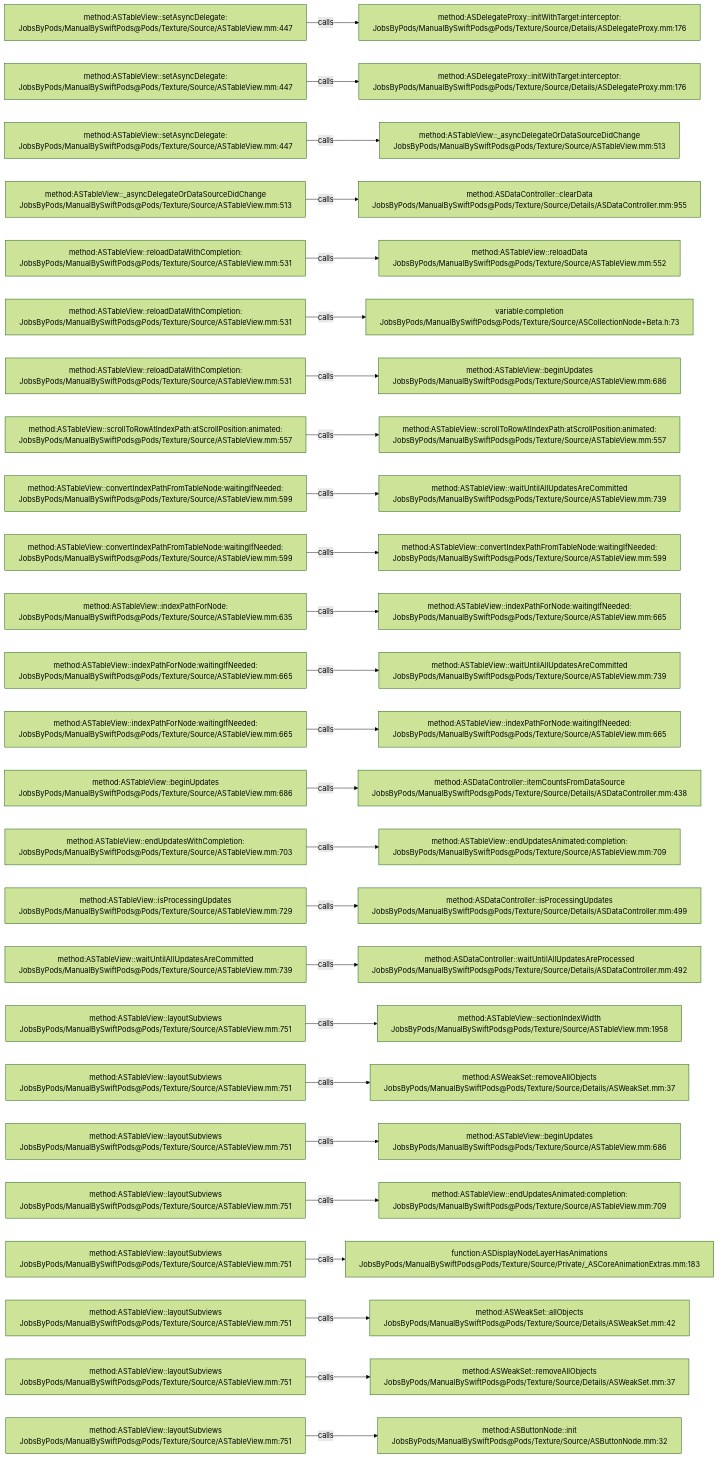
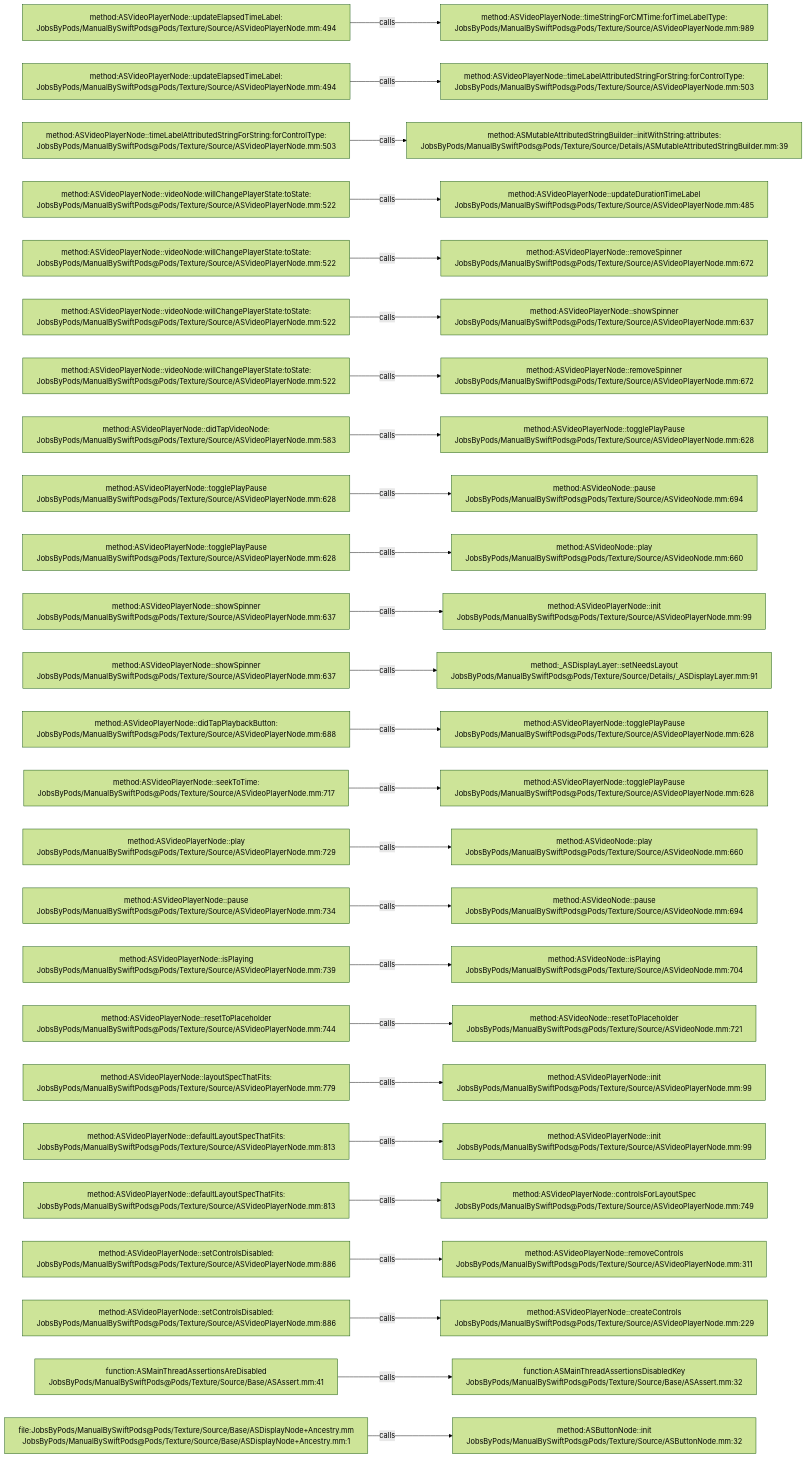
One commit to JobsKits/JobsSwiftBaseConfigDemo changed the diagram in .codegraph/codegraph.md/graphs/calls-078.md. Above: the diagram before and after it, drawn with Mermaid (forest theme). The commit also changed 832 other files, not shown here.

````diff
--- a/.codegraph/codegraph.md/graphs/calls-078.md
+++ b/.codegraph/codegraph.md/graphs/calls-078.md
@@ -13,78 +13,78 @@
 ```mermaid
 flowchart LR
-  S1["method:ASTableView::setAsyncDelegate:<br/>JobsByPods/ManualBySwiftPods@Pods/Texture/Source/ASTableView.mm:447"]
-  T1["method:ASDelegateProxy::initWithTarget:interceptor:<br/>JobsByPods/ManualBySwiftPods@Pods/Texture/Source/Details/ASDelegateProxy.mm:176"]
+  S1["method:ASVideoPlayerNode::updateElapsedTimeLabel:<br/>JobsByPods/ManualBySwiftPods@Pods/Texture/Source/ASVideoPlayerNode.mm:494"]
+  T1["method:ASVideoPlayerNode::timeStringForCMTime:forTimeLabelType:<br/>JobsByPods/ManualBySwiftPods@Pods/Texture/Source/ASVideoPlayerNode.mm:989"]
   S1 -->|calls| T1
-  S2["method:ASTableView::setAsyncDelegate:<br/>JobsByPods/ManualBySwiftPods@Pods/Texture/Source/ASTableView.mm:447"]
-  T2["method:ASDelegateProxy::initWithTarget:interceptor:<br/>JobsByPods/ManualBySwiftPods@Pods/Texture/Source/Details/ASDelegateProxy.mm:176"]
+  S2["method:ASVideoPlayerNode::updateElapsedTimeLabel:<br/>JobsByPods/ManualBySwiftPods@Pods/Texture/Source/ASVideoPlayerNode.mm:494"]
+  T2["method:ASVideoPlayerNode::timeLabelAttributedStringForString:forControlType:<br/>JobsByPods/ManualBySwiftPods@Pods/Texture/Source/ASVideoPlayerNode.mm:503"]
   S2 -->|calls| T2
-  S3["method:ASTableView::setAsyncDelegate:<br/>JobsByPods/ManualBySwiftPods@Pods/Texture/Source/ASTableView.mm:447"]
-  T3["method:ASTableView::_asyncDelegateOrDataSourceDidChange<br/>JobsByPods/ManualBySwiftPods@Pods/Texture/Source/ASTableView.mm:513"]
+  S3["method:ASVideoPlayerNode::timeLabelAttributedStringForString:forControlType:<br/>JobsByPods/ManualBySwiftPods@Pods/Texture/Source/ASVideoPlayerNode.mm:503"]
+  T3["method:ASMutableAttributedStringBuilder::initWithString:attributes:<br/>JobsByPods/ManualBySwiftPods@Pods/Texture/Source/Details/ASMutableAttributedStringBuilder.mm:39"]
   S3 -->|calls| T3
-  S4["method:ASTableView::_asyncDelegateOrDataSourceDidChange<br/>JobsByPods/ManualBySwiftPods@Pods/Texture/Source/ASTableView.mm:513"]
-  T4["method:ASDataController::clearData<br/>JobsByPods/ManualBySwiftPods@Pods/Texture/Source/Details/ASDataController.mm:955"]
+  S4["method:ASVideoPlayerNode::videoNode:willChangePlayerState:toState:<br/>JobsByPods/ManualBySwiftPods@Pods/Texture/Source/ASVideoPlayerNode.mm:522"]
+  T4["method:ASVideoPlayerNode::updateDurationTimeLabel<br/>JobsByPods/ManualBySwiftPods@Pods/Texture/Source/ASVideoPlayerNode.mm:485"]
   S4 -->|calls| T4
-  S5["method:ASTableView::reloadDataWithCompletion:<br/>JobsByPods/ManualBySwiftPods@Pods/Texture/Source/ASTableView.mm:531"]
-  T5["method:ASTableView::reloadData<br/>JobsByPods/ManualBySwiftPods@Pods/Texture/Source/ASTableView.mm:552"]
+  S5["method:ASVideoPlayerNode::videoNode:willChangePlayerState:toState:<br/>JobsByPods/ManualBySwiftPods@Pods/Texture/Source/ASVideoPlayerNode.mm:522"]
+  T5["method:ASVideoPlayerNode::removeSpinner<br/>JobsByPods/ManualBySwiftPods@Pods/Texture/Source/ASVideoPlayerNode.mm:672"]
   S5 -->|calls| T5
-  S6["method:ASTableView::reloadDataWithCompletion:<br/>JobsByPods/ManualBySwiftPods@Pods/Texture/Source/ASTableView.mm:531"]
-  T6["variable:completion<br/>JobsByPods/ManualBySwiftPods@Pods/Texture/Source/ASCollectionNode+Beta.h:73"]
+  S6["method:ASVideoPlayerNode::videoNode:willChangePlayerState:toState:<br/>JobsByPods/ManualBySwiftPods@Pods/Texture/Source/ASVideoPlayerNode.mm:522"]
+  T6["method:ASVideoPlayerNode::showSpinner<br/>JobsByPods/ManualBySwiftPods@Pods/Texture/Source/ASVideoPlayerNode.mm:637"]
   S6 -->|calls| T6
-  S7["method:ASTableView::reloadDataWithCompletion:<br/>JobsByPods/ManualBySwiftPods@Pods/Texture/Source/ASTableView.mm:531"]
-  T7["method:ASTableView::beginUpdates<br/>JobsByPods/ManualBySwiftPods@Pods/Texture/Source/ASTableView.mm:686"]
+  S7["method:ASVideoPlayerNode::videoNode:willChangePlayerState:toState:<br/>JobsByPods/ManualBySwiftPods@Pods/Texture/Source/ASVideoPlayerNode.mm:522"]
+  T7["method:ASVideoPlayerNode::removeSpinner<br/>JobsByPods/ManualBySwiftPods@Pods/Texture/Source/ASVideoPlayerNode.mm:672"]
   S7 -->|calls| T7
-  S8["method:ASTableView::scrollToRowAtIndexPath:atScrollPosition:animated:<br/>JobsByPods/ManualBySwiftPods@Pods/Texture/Source/ASTableView.mm:557"]
-  T8["method:ASTableView::scrollToRowAtIndexPath:atScrollPosition:animated:<br/>JobsByPods/ManualBySwiftPods@Pods/Texture/Source/ASTableView.mm:557"]
+  S8["method:ASVideoPlayerNode::didTapVideoNode:<br/>JobsByPods/ManualBySwiftPods@Pods/Texture/Source/ASVideoPlayerNode.mm:583"]
+  T8["method:ASVideoPlayerNode::togglePlayPause<br/>JobsByPods/ManualBySwiftPods@Pods/Texture/Source/ASVideoPlayerNode.mm:628"]
   S8 -->|calls| T8
-  S9["method:ASTableView::convertIndexPathFromTableNode:waitingIfNeeded:<br/>JobsByPods/ManualBySwiftPods@Pods/Texture/Source/ASTableView.mm:599"]
-  T9["method:ASTableView::waitUntilAllUpdatesAreCommitted<br/>JobsByPods/ManualBySwiftPods@Pods/Texture/Source/ASTableView.mm:739"]
+  S9["method:ASVideoPlayerNode::togglePlayPause<br/>JobsByPods/ManualBySwiftPods@Pods/Texture/Source/ASVideoPlayerNode.mm:628"]
+  T9["method:ASVideoNode::pause<br/>JobsByPods/ManualBySwiftPods@Pods/Texture/Source/ASVideoNode.mm:694"]
   S9 -->|calls| T9
-  S10["method:ASTableView::convertIndexPathFromTableNode:waitingIfNeeded:<br/>JobsByPods/ManualBySwiftPods@Pods/Texture/Source/ASTableView.mm:599"]
-  T10["method:ASTableView::convertIndexPathFromTableNode:waitingIfNeeded:<br/>JobsByPods/ManualBySwiftPods@Pods/Texture/Source/ASTableView.mm:599"]
+  S10["method:ASVideoPlayerNode::togglePlayPause<br/>JobsByPods/ManualBySwiftPods@Pods/Texture/Source/ASVideoPlayerNode.mm:628"]
+  T10["method:ASVideoNode::play<br/>JobsByPods/ManualBySwiftPods@Pods/Texture/Source/ASVideoNode.mm:660"]
   S10 -->|calls| T10
-  S11["method:ASTableView::indexPathForNode:<br/>JobsByPods/ManualBySwiftPods@Pods/Texture/Source/ASTableView.mm:635"]
-  T11["method:ASTableView::indexPathForNode:waitingIfNeeded:<br/>JobsByPods/ManualBySwiftPods@Pods/Texture/Source/ASTableView.mm:665"]
+  S11["method:ASVideoPlayerNode::showSpinner<br/>JobsByPods/ManualBySwiftPods@Pods/Texture/Source/ASVideoPlayerNode.mm:637"]
+  T11["method:ASVideoPlayerNode::init<br/>JobsByPods/ManualBySwiftPods@Pods/Texture/Source/ASVideoPlayerNode.mm:99"]
   S11 -->|calls| T11
-  S12["method:ASTableView::indexPathForNode:waitingIfNeeded:<br/>JobsByPods/ManualBySwiftPods@Pods/Texture/Source/ASTableView.mm:665"]
-  T12["method:ASTableView::waitUntilAllUpdatesAreCommitted<br/>JobsByPods/ManualBySwiftPods@Pods/Texture/Source/ASTableView.mm:739"]
+  S12["method:ASVideoPlayerNode::showSpinner<br/>JobsByPods/ManualBySwiftPods@Pods/Texture/Source/ASVideoPlayerNode.mm:637"]
+  T12["method:_ASDisplayLayer::setNeedsLayout<br/>JobsByPods/ManualBySwiftPods@Pods/Texture/Source/Details/_ASDisplayLayer.mm:91"]
   S12 -->|calls| T12
-  S13["method:ASTableView::indexPathForNode:waitingIfNeeded:<br/>JobsByPods/ManualBySwiftPods@Pods/Texture/Source/ASTableView.mm:665"]
-  T13["method:ASTableView::indexPathForNode:waitingIfNeeded:<br/>JobsByPods/ManualBySwiftPods@Pods/Texture/Source/ASTableView.mm:665"]
+  S13["method:ASVideoPlayerNode::didTapPlaybackButton:<br/>JobsByPods/ManualBySwiftPods@Pods/Texture/Source/ASVideoPlayerNode.mm:688"]
+  T13["method:ASVideoPlayerNode::togglePlayPause<br/>JobsByPods/ManualBySwiftPods@Pods/Texture/Source/ASVideoPlayerNode.mm:628"]
   S13 -->|calls| T13
-  S14["method:ASTableView::beginUpdates<br/>JobsByPods/ManualBySwiftPods@Pods/Texture/Source/ASTableView.mm:686"]
-  T14["method:ASDataController::itemCountsFromDataSource<br/>JobsByPods/ManualBySwiftPods@Pods/Texture/Source/Details/ASDataController.mm:438"]
+  S14["method:ASVideoPlayerNode::seekToTime:<br/>JobsByPods/ManualBySwiftPods@Pods/Texture/Source/ASVideoPlayerNode.mm:717"]
+  T14["method:ASVideoPlayerNode::togglePlayPause<br/>JobsByPods/ManualBySwiftPods@Pods/Texture/Source/ASVideoPlayerNode.mm:628"]
   S14 -->|calls| T14
-  S15["method:ASTableView::endUpdatesWithCompletion:<br/>JobsByPods/ManualBySwiftPods@Pods/Texture/Source/ASTableView.mm:703"]
-  T15["method:ASTableView::endUpdatesAnimated:completion:<br/>JobsByPods/ManualBySwiftPods@Pods/Texture/Source/ASTableView.mm:709"]
+  S15["method:ASVideoPlayerNode::play<br/>JobsByPods/ManualBySwiftPods@Pods/Texture/Source/ASVideoPlayerNode.mm:729"]
+  T15["method:ASVideoNode::play<br/>JobsByPods/ManualBySwiftPods@Pods/Texture/Source/ASVideoNode.mm:660"]
   S15 -->|calls| T15
-  S16["method:ASTableView::isProcessingUpdates<br/>JobsByPods/ManualBySwiftPods@Pods/Texture/Source/ASTableView.mm:729"]
-  T16["method:ASDataController::isProcessingUpdates<br/>JobsByPods/ManualBySwiftPods@Pods/Texture/Source/Details/ASDataController.mm:499"]
+  S16["method:ASVideoPlayerNode::pause<br/>JobsByPods/ManualBySwiftPods@Pods/Texture/Source/ASVideoPlayerNode.mm:734"]
+  T16["method:ASVideoNode::pause<br/>JobsByPods/ManualBySwiftPods@Pods/Texture/Source/ASVideoNode.mm:694"]
   S16 -->|calls| T16
-  S17["method:ASTableView::waitUntilAllUpdatesAreCommitted<br/>JobsByPods/ManualBySwiftPods@Pods/Texture/Source/ASTableView.mm:739"]
-  T17["method:ASDataController::waitUntilAllUpdatesAreProcessed<br/>JobsByPods/ManualBySwiftPods@Pods/Texture/Source/Details/ASDataController.mm:492"]
+  S17["method:ASVideoPlayerNode::isPlaying<br/>JobsByPods/ManualBySwiftPods@Pods/Texture/Source/ASVideoPlayerNode.mm:739"]
+  T17["method:ASVideoNode::isPlaying<br/>JobsByPods/ManualBySwiftPods@Pods/Texture/Source/ASVideoNode.mm:704"]
   S17 -->|calls| T17
-  S18["method:ASTableView::layoutSubviews<br/>JobsByPods/ManualBySwiftPods@Pods/Texture/Source/ASTableView.mm:751"]
-  T18["method:ASTableView::sectionIndexWidth<br/>JobsByPods/ManualBySwiftPods@Pods/Texture/Source/ASTableView.mm:1958"]
+  S18["method:ASVideoPlayerNode::resetToPlaceholder<br/>JobsByPods/ManualBySwiftPods@Pods/Texture/Source/ASVideoPlayerNode.mm:744"]
+  T18["method:ASVideoNode::resetToPlaceholder<br/>JobsByPods/ManualBySwiftPods@Pods/Texture/Source/ASVideoNode.mm:721"]
   S18 -->|calls| T18
-  S19["method:ASTableView::layoutSubviews<br/>JobsByPods/ManualBySwiftPods@Pods/Texture/Source/ASTableView.mm:751"]
-  T19["method:ASWeakSet::removeAllObjects<br/>JobsByPods/ManualBySwiftPods@Pods/Texture/Source/Details/ASWeakSet.mm:37"]
+  S19["method:ASVideoPlayerNode::layoutSpecThatFits:<br/>JobsByPods/ManualBySwiftPods@Pods/Texture/Source/ASVideoPlayerNode.mm:779"]
+  T19["method:ASVideoPlayerNode::init<br/>JobsByPods/ManualBySwiftPods@Pods/Texture/Source/ASVideoPlayerNode.mm:99"]
   S19 -->|calls| T19
-  S20["method:ASTableView::layoutSubviews<br/>JobsByPods/ManualBySwiftPods@Pods/Texture/Source/ASTableView.mm:751"]
-  T20["method:ASTableView::beginUpdates<br/>JobsByPods/ManualBySwiftPods@Pods/Texture/Source/ASTableView.mm:686"]
+  S20["method:ASVideoPlayerNode::defaultLayoutSpecThatFits:<br/>JobsByPods/ManualBySwiftPods@Pods/Texture/Source/ASVideoPlayerNode.mm:813"]
+  T20["method:ASVideoPlayerNode::init<br/>JobsByPods/ManualBySwiftPods@Pods/Texture/Source/ASVideoPlayerNode.mm:99"]
   S20 -->|calls| T20
-  S21["method:ASTableView::layoutSubviews<br/>JobsByPods/ManualBySwiftPods@Pods/Texture/Source/ASTableView.mm:751"]
-  T21["method:ASTableView::endUpdatesAnimated:completion:<br/>JobsByPods/ManualBySwiftPods@Pods/Texture/Source/ASTableView.mm:709"]
+  S21["method:ASVideoPlayerNode::defaultLayoutSpecThatFits:<br/>JobsByPods/ManualBySwiftPods@Pods/Texture/Source/ASVideoPlayerNode.mm:813"]
+  T21["method:ASVideoPlayerNode::controlsForLayoutSpec<br/>JobsByPods/ManualBySwiftPods@Pods/Texture/Source/ASVideoPlayerNode.mm:749"]
   S21 -->|calls| T21
-  S22["method:ASTableView::layoutSubviews<br/>JobsByPods/ManualBySwiftPods@Pods/Texture/Source/ASTableView.mm:751"]
-  T22["function:ASDisplayNodeLayerHasAnimations<br/>JobsByPods/ManualBySwiftPods@Pods/Texture/Source/Private/_ASCoreAnimationExtras.mm:183"]
+  S22["method:ASVideoPlayerNode::setControlsDisabled:<br/>JobsByPods/ManualBySwiftPods@Pods/Texture/Source/ASVideoPlayerNode.mm:886"]
+  T22["method:ASVideoPlayerNode::removeControls<br/>JobsByPods/ManualBySwiftPods@Pods/Texture/Source/ASVideoPlayerNode.mm:311"]
   S22 -->|calls| T22
-  S23["method:ASTableView::layoutSubviews<br/>JobsByPods/ManualBySwiftPods@Pods/Texture/Source/ASTableView.mm:751"]
-  T23["method:ASWeakSet::allObjects<br/>JobsByPods/ManualBySwiftPods@Pods/Texture/Source/Details/ASWeakSet.mm:42"]
+  S23["method:ASVideoPlayerNode::setControlsDisabled:<br/>JobsByPods/ManualBySwiftPods@Pods/Texture/Source/ASVideoPlayerNode.mm:886"]
+  T23["method:ASVideoPlayerNode::createControls<br/>JobsByPods/ManualBySwiftPods@Pods/Texture/Source/ASVideoPlayerNode.mm:229"]
   S23 -->|calls| T23
-  S24["method:ASTableView::layoutSubviews<br/>JobsByPods/ManualBySwiftPods@Pods/Texture/Source/ASTableView.mm:751"]
-  T24["method:ASWeakSet::removeAllObjects<br/>JobsByPods/ManualBySwiftPods@Pods/Texture/Source/Details/ASWeakSet.mm:37"]
+  S24["function:ASMainThreadAssertionsAreDisabled<br/>JobsByPods/ManualBySwiftPods@Pods/Texture/Source/Base/ASAssert.mm:41"]
+  T24["function:ASMainThreadAssertionsDisabledKey<br/>JobsByPods/ManualBySwiftPods@Pods/Texture/Source/Base/ASAssert.mm:32"]
   S24 -->|calls| T24
-  S25["method:ASTableView::layoutSubviews<br/>JobsByPods/ManualBySwiftPods@Pods/Texture/Source/ASTableView.mm:751"]
+  S25["file:JobsByPods/ManualBySwiftPods@Pods/Texture/Source/Base/ASDisplayNode+Ancestry.mm<br/>JobsByPods/ManualBySwiftPods@Pods/Texture/Source/Base/ASDisplayNode+Ancestry.mm:1"]
   T25["method:ASButtonNode::init<br/>JobsByPods/ManualBySwiftPods@Pods/Texture/Source/ASButtonNode.mm:32"]
   S25 -->|calls| T25
 ```
````
